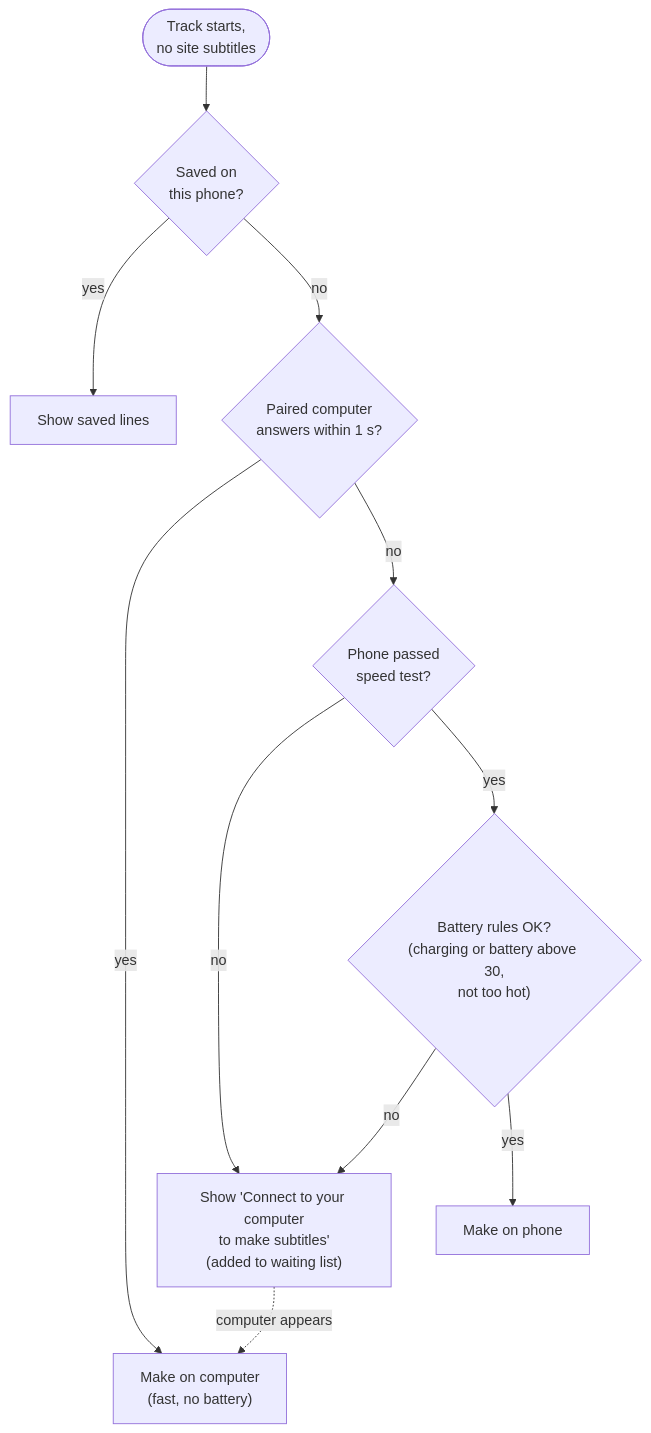
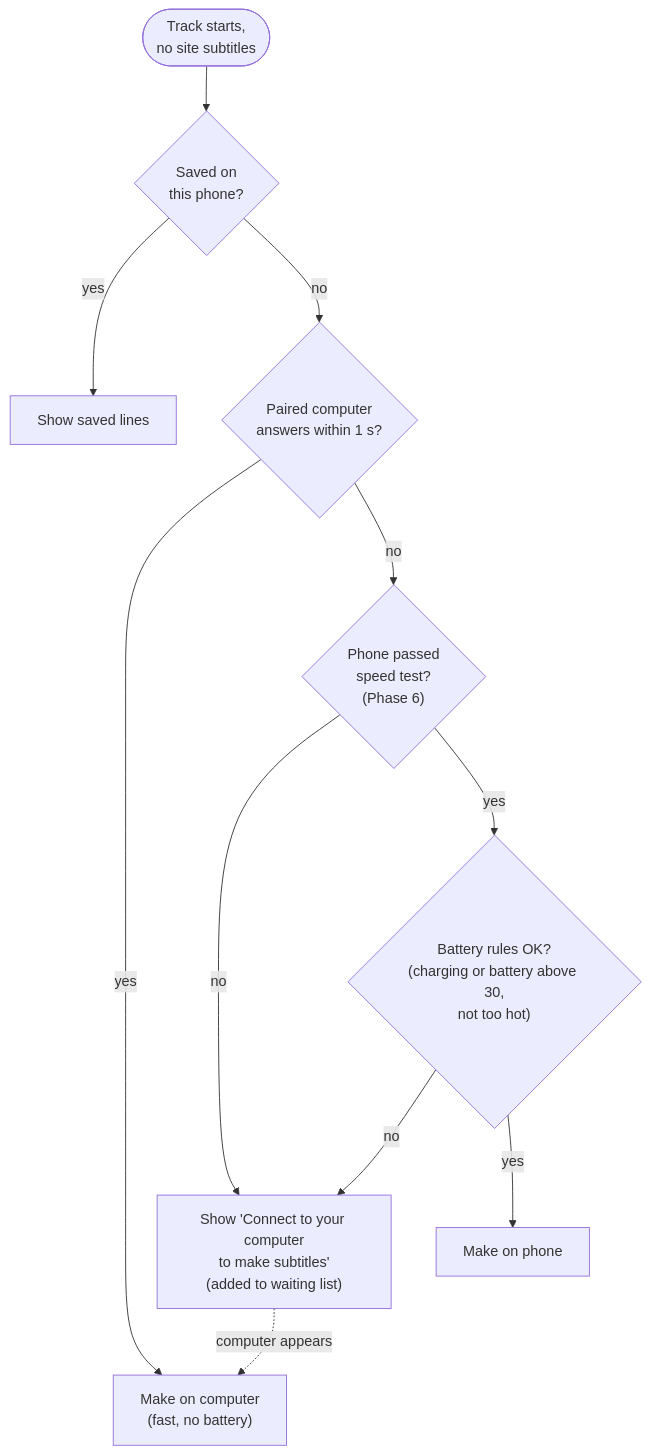
One commit to PrathameshBelvalkar/web-asmrone changed diagram 17 of 21 in PLAN.md. Above: the diagram before and after it, drawn with Mermaid. The commit also changed other lines of this file, not shown here.

````diff
--- a/PLAN.md
+++ b/PLAN.md
@@ -647,13 +794,13 @@
 ```mermaid
 flowchart TB
     S(["Track starts,<br/>no site subtitles"]) --> C{"Saved on<br/>this phone?"}
     C -->|yes| SHOW["Show saved lines"]
     C -->|no| D{"Paired computer<br/>answers within 1 s?"}
     D -->|yes| REM["Make on computer<br/>(fast, no battery)"]
-    D -->|no| F{"Phone passed<br/>speed test?"}
+    D -->|no| F{"Phone passed<br/>speed test?<br/>(Phase 6)"}
     F -->|no| PEND["Show 'Connect to your computer<br/>to make subtitles'<br/>(added to waiting list)"]
     F -->|yes| B{"Battery rules OK?<br/>(charging or battery above 30,<br/>not too hot)"}
     B -->|no| PEND
     B -->|yes| LOC["Make on phone"]
     PEND -.->|"computer appears"| REM
 ```
````
